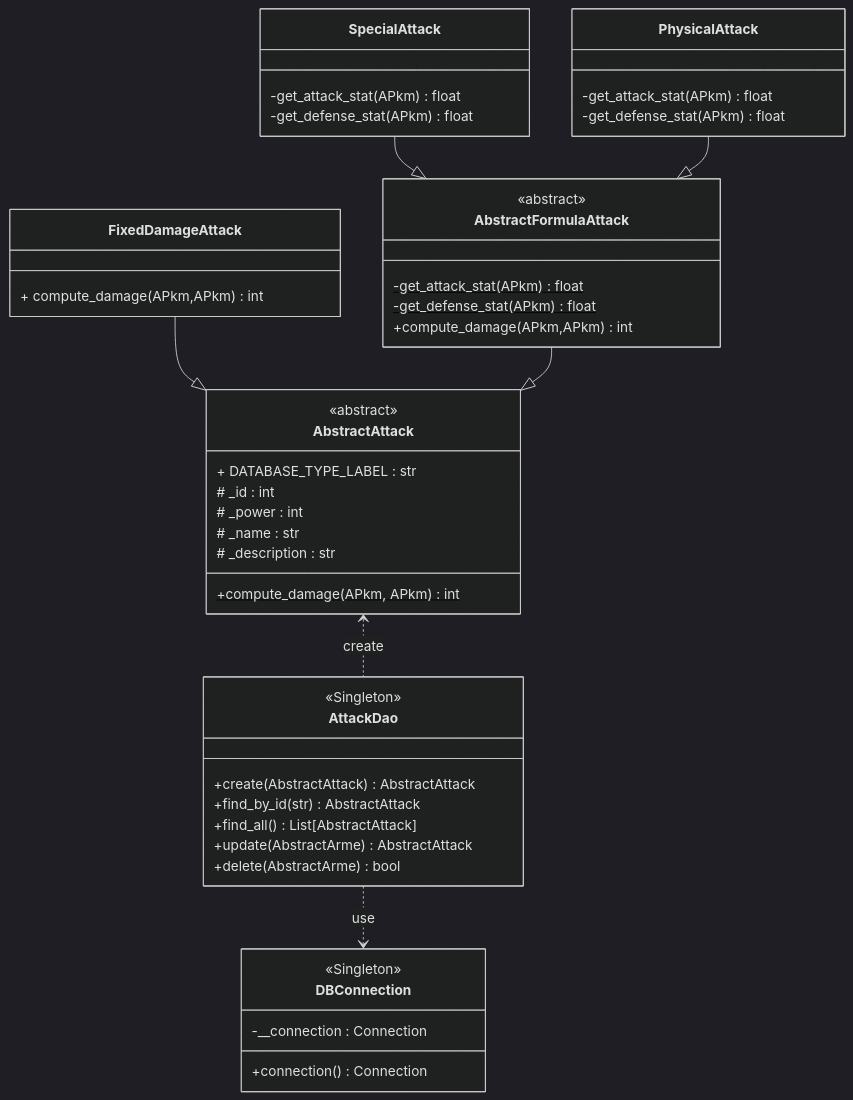
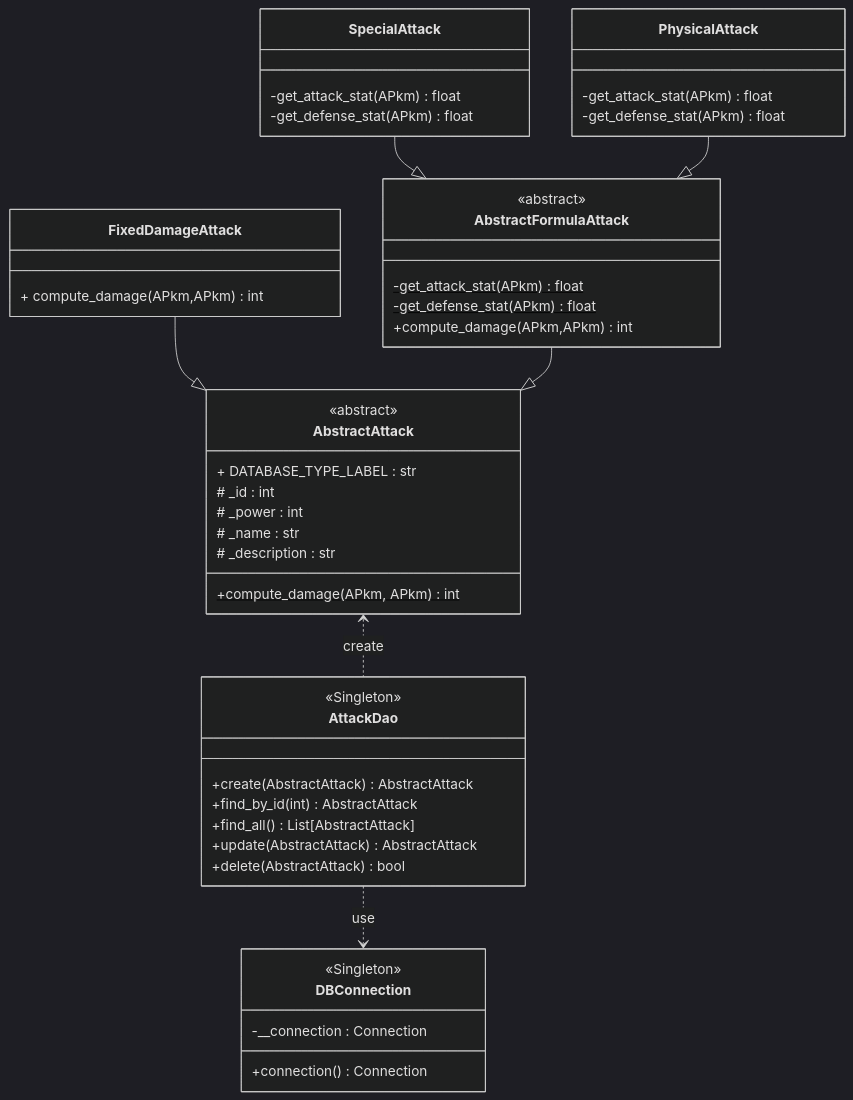
One commit to ludo2ne/ENSAI-2A-complement-info changed the second of 2 diagrams in TP/TP3.md. Above: the diagram before and after it, drawn with Mermaid (dark theme). The commit also changed other lines of this file, not shown here.

`````diff
--- a/TP/TP3.md
+++ b/TP/TP3.md
@@ -142,58 +155,58 @@
 ````mermaid
 classDiagram
 
 class AbstractAttack{
 	<<abstract>>
 	+ DATABASE_TYPE_LABEL : str
 	# _id : int
 	# _power : int
 	# _name : str
 	# _description : str
 	+compute_damage(APkm, APkm)$  int
 	}
 	class FixedDamageAttack{
 		+ compute_damage(APkm,APkm )  int
 	}
     class AbstractFormulaAttack{
     <<abstract>>
 		-get_attack_stat(APkm)$  float
 		-get_defense_stat(APkm)$  float
 		+compute_damage(APkm,APkm)  int
 	}
 	
     class PhysicalAttack{
 		-get_attack_stat(APkm)  float
 		-get_defense_stat(APkm)  float
 	}
 	
     class SpecialAttack{
 		-get_attack_stat(APkm)  float
 		-get_defense_stat(APkm)  float
 	}
 	
 	FixedDamageAttack--|>AbstractAttack
 	AbstractFormulaAttack--|>AbstractAttack
 	SpecialAttack--|>AbstractFormulaAttack
 	PhysicalAttack--|>AbstractFormulaAttack
 
 
 class AttackDao{
 <<Singleton>>
  +create(AbstractAttack) AbstractAttack
- +find_by_id(str) AbstractAttack
+ +find_by_id(int) AbstractAttack
  +find_all() List[AbstractAttack]
- +update(AbstractArme) AbstractAttack
- +delete(AbstractArme) bool
+ +update(AbstractAttack) AbstractAttack
+ +delete(AbstractAttack) bool
 }
 
 class DBConnection{
 <<Singleton>>
 -__connection : Connection
 
 +connection() Connection
 }
 
 AbstractAttack<.. AttackDao: create
 AttackDao..> DBConnection: use
 
 ````
`````
